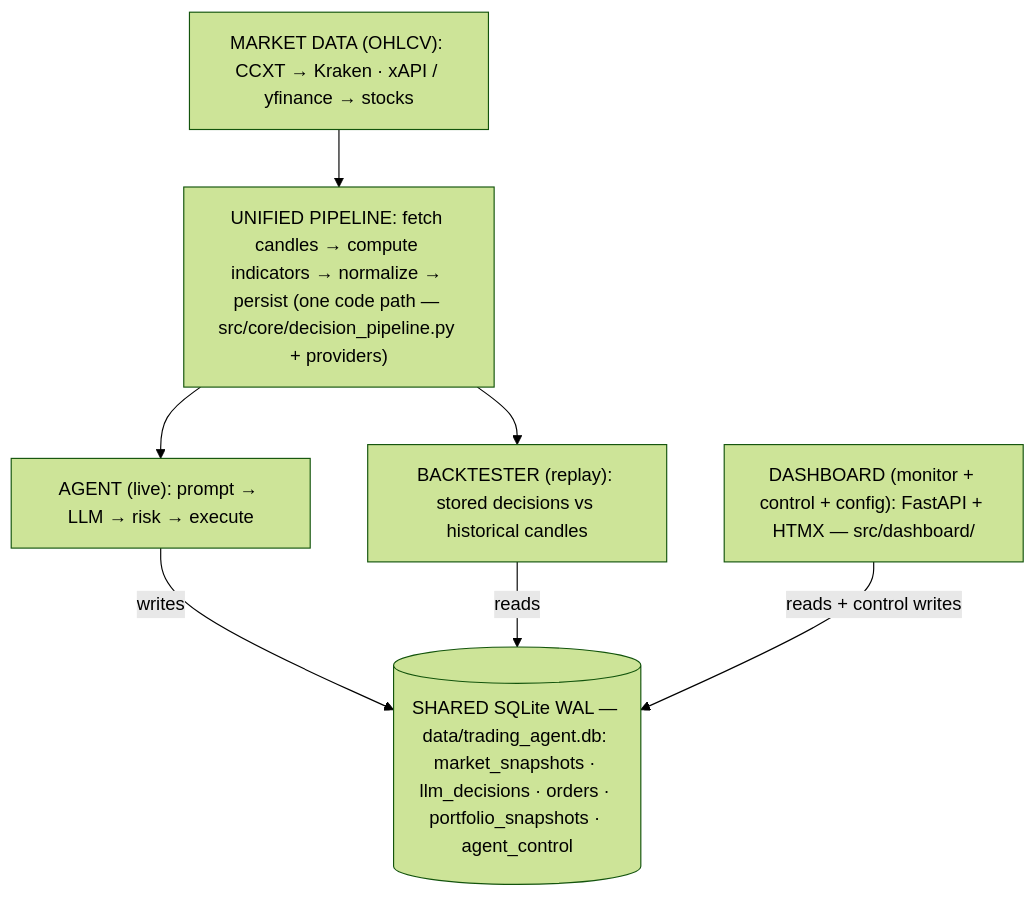
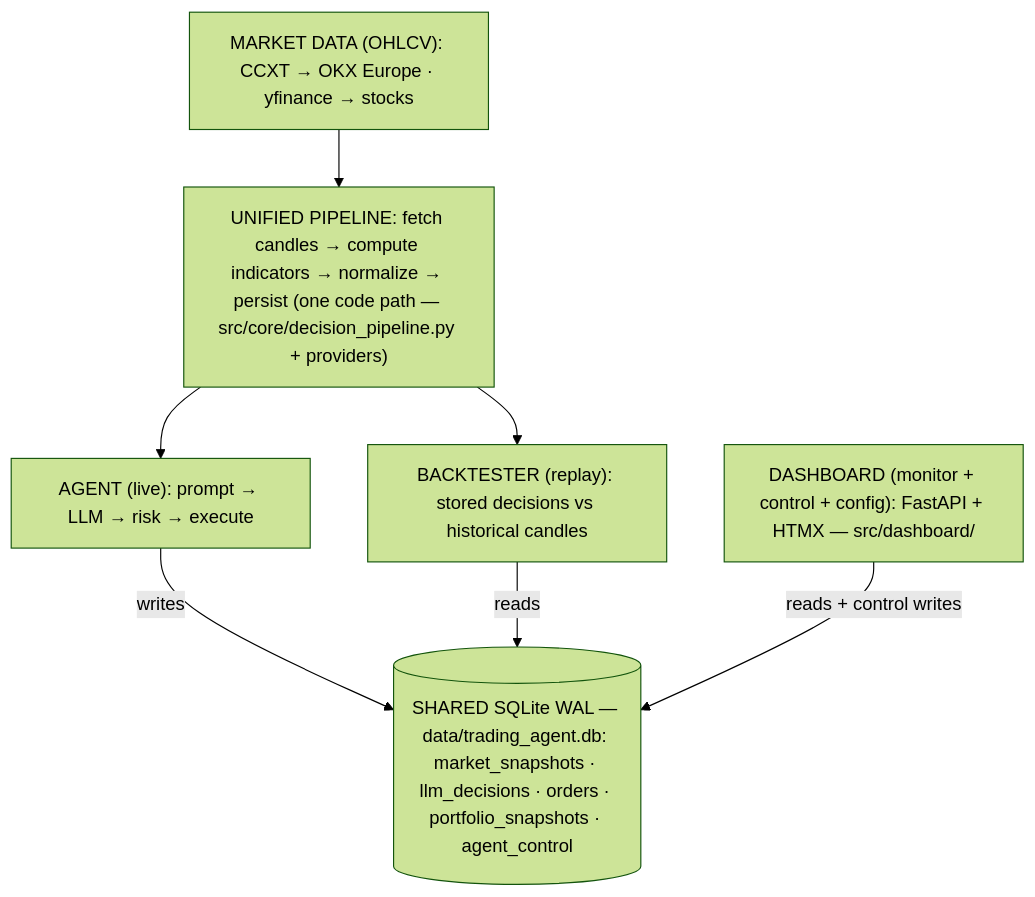
The sixth of 6 diagrams in ARCHITECTURE.md (BBlazej/smartyTrader), drawn with Mermaid (forest theme) before and after one commit. The commit also changed other lines of this file and 26 other files, not shown here.

First line of the commit message:
Crypto on OKX Europe: spot-only CcxtExecutor, EUR pairs; Kraken removed (§7.64)

````diff
--- a/ARCHITECTURE.md
+++ b/ARCHITECTURE.md
@@ -417,16 +417,16 @@
 ```mermaid
 flowchart TD
-    MD["MARKET DATA (OHLCV): CCXT → Kraken · xAPI / yfinance → stocks"]
+    MD["MARKET DATA (OHLCV): CCXT → OKX Europe · yfinance → stocks"]
     UP["UNIFIED PIPELINE: fetch candles → compute indicators → normalize → persist (one code path — src/core/decision_pipeline.py + providers)"]
     AGENT["AGENT (live): prompt → LLM → risk → execute"]
     BT["BACKTESTER (replay): stored decisions vs historical candles"]
     DASH["DASHBOARD (monitor + control + config): FastAPI + HTMX — src/dashboard/"]
     DB[("SHARED SQLite WAL — data/trading_agent.db: market_snapshots · llm_decisions · orders · portfolio_snapshots · agent_control")]
 
     MD --> UP
     UP --> AGENT
     UP --> BT
     AGENT -- "writes" --> DB
     BT -- "reads" --> DB
     DASH -- "reads + control writes" --> DB
 ```
````
